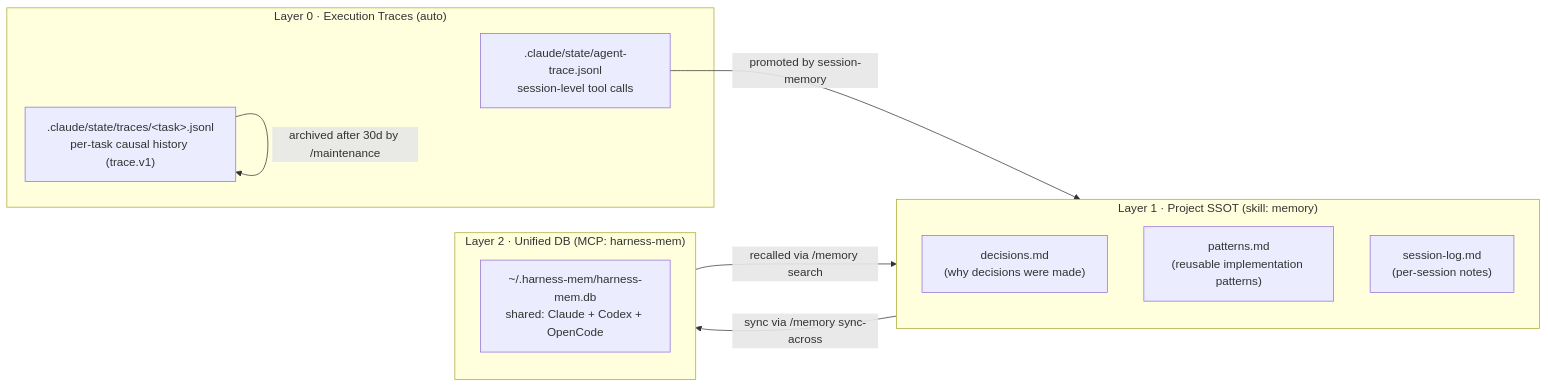
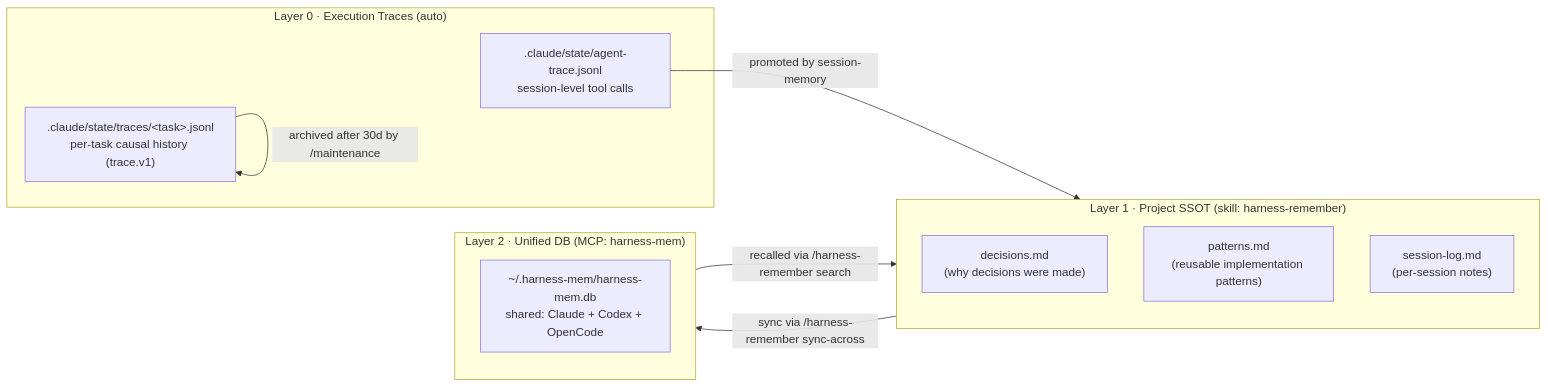
One commit to tim-hub/powerball-harness changed the fourth of 4 diagrams in harness/README.md. Above: the diagram before and after it, drawn with Mermaid. The commit also changed other lines of this file and 3 other files, not shown here.

First line of the commit message:
fix(memory): rename skill references to harness-remember

````diff
--- a/harness/README.md
+++ b/harness/README.md
@@ -199,20 +199,20 @@
 ```mermaid
 flowchart LR
     subgraph L0["Layer 0 · Execution Traces (auto)"]
         AT[".claude/state/agent-trace.jsonl\nsession-level tool calls"]
         TT[".claude/state/traces/&lt;task&gt;.jsonl\nper-task causal history (trace.v1)"]
     end
-    subgraph L1["Layer 1 · Project SSOT (skill: memory)"]
+    subgraph L1["Layer 1 · Project SSOT (skill: harness-remember)"]
         DEC2["decisions.md\n(why decisions were made)"]
         PAT["patterns.md\n(reusable implementation patterns)"]
         SL["session-log.md\n(per-session notes)"]
     end
     subgraph L2["Layer 2 · Unified DB (MCP: harness-mem)"]
         DB["~/.harness-mem/harness-mem.db\nshared: Claude + Codex + OpenCode"]
     end
 
     AT -->|promoted by session-memory| L1
     TT -->|archived after 30d by /maintenance| TT
-    L1 -->|sync via /memory sync-across| L2
-    L2 -->|recalled via /memory search| L1
+    L1 -->|sync via /harness-remember sync-across| L2
+    L2 -->|recalled via /harness-remember search| L1
 ```
````
